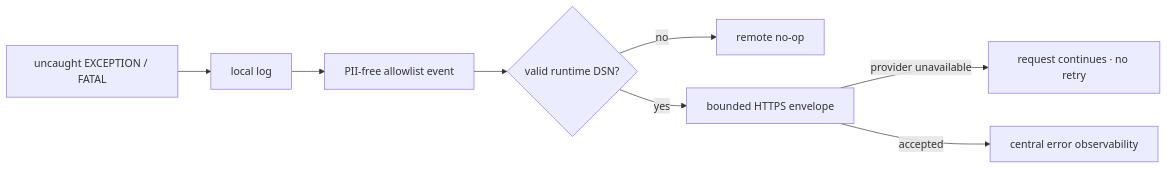
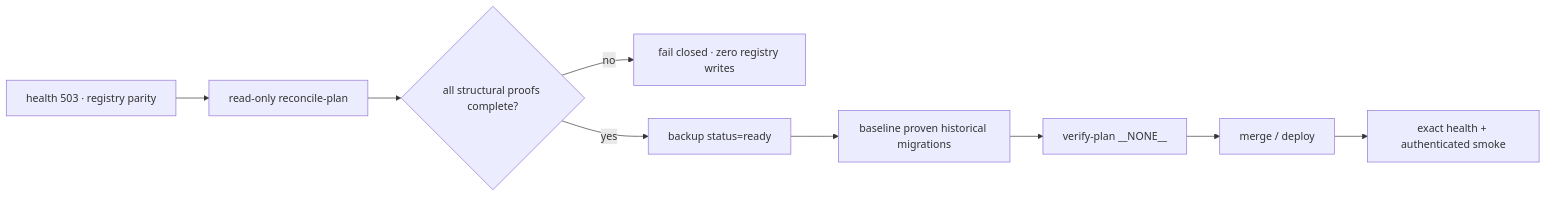
One commit to pl0n3r/brvtal changed the diagram in README.md. Above: the diagram before and after it, drawn with Mermaid. The commit also changed other lines of this file and 7 other files, not shown here.

First line of the commit message:
fix(ops): reconcile legacy migration registry safely (v0.1.58) (#682)

````diff
--- a/README.md
+++ b/README.md
@@ -53,10 +54,11 @@
 ```mermaid
 flowchart LR
-  E["uncaught EXCEPTION / FATAL"] --> L["local log"]
-  L --> A["PII-free allowlist event"]
-  A --> D{"valid runtime DSN?"}
-  D -->|no| N["remote no-op"]
-  D -->|yes| S["bounded HTTPS envelope"]
-  S -->|provider unavailable| K["request continues · no retry"]
-  S -->|accepted| O["central error observability"]
+  A["health 503 · registry parity"] --> P["read-only reconcile-plan"]
+  P --> X{"all structural proofs complete?"}
+  X -->|no| F["fail closed · zero registry writes"]
+  X -->|yes| B["backup status=ready"]
+  B --> R["baseline proven historical migrations"]
+  R --> V["verify-plan __NONE__"]
+  V --> M["merge / deploy"]
+  M --> H["exact health + authenticated smoke"]
 ```
````
